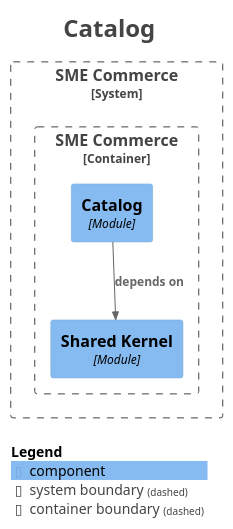
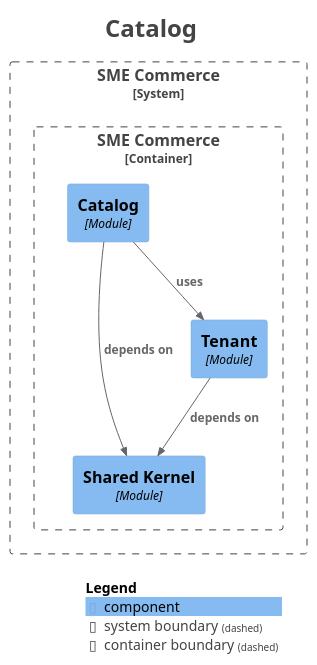
One commit to hezronokwach/sme-commerce-platform changed the diagram in docs/modules/module-catalog.puml. Above: the diagram before and after it, drawn with PlantUML. The commit also changed 23 other files, not shown here.

```diff
--- a/docs/modules/module-catalog.puml
+++ b/docs/modules/module-catalog.puml
@@ -1,30 +1,33 @@
 @startuml
 title <size:24>Catalog</size>
 
 set separator none
 top to bottom direction
 
 <style>
   root {
     BackgroundColor: #ffffff
     FontColor: #444444
   }
 </style>
 
 !include <C4/C4>
 !include <C4/C4_Context>
 !include <C4/C4_Component>
 
 System_Boundary("SMECommerce_boundary", "SME Commerce", $tags="") {
   Container_Boundary("SMECommerce.SMECommerce_boundary", "SME Commerce", $tags="") {
     Component(SMECommerce.SMECommerce.SharedKernel, "Shared Kernel", $techn="Module", $descr="", $tags="", $link="")
+    Component(SMECommerce.SMECommerce.Tenant, "Tenant", $techn="Module", $descr="", $tags="", $link="")
     Component(SMECommerce.SMECommerce.Catalog, "Catalog", $techn="Module", $descr="", $tags="", $link="")
   }
 
 }
 
+Rel(SMECommerce.SMECommerce.Tenant, SMECommerce.SMECommerce.SharedKernel, "depends on", $techn="", $tags="", $link="")
 Rel(SMECommerce.SMECommerce.Catalog, SMECommerce.SMECommerce.SharedKernel, "depends on", $techn="", $tags="", $link="")
+Rel(SMECommerce.SMECommerce.Catalog, SMECommerce.SMECommerce.Tenant, "uses", $techn="", $tags="", $link="")
 
 SHOW_LEGEND(true)
 hide stereotypes
 @enduml
```
